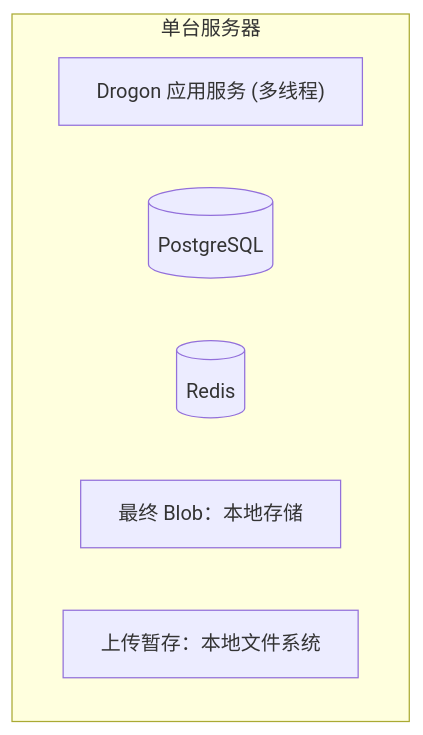
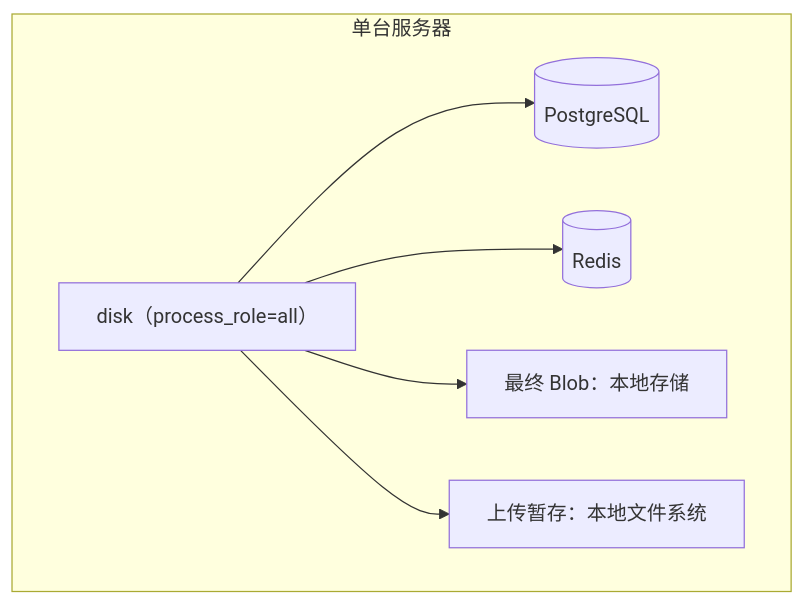
The sixth of 6 diagrams in docs/design/00-系统概述.md (yizhinailong/disk), drawn with Mermaid before and after one commit. The commit also changed other lines of this file and 5 other files, not shown here.

First line of the commit message:
docs(architecture): align distributed flows

````diff
--- a/docs/design/00-系统概述.md
+++ b/docs/design/00-系统概述.md
@@ -396,10 +391,15 @@
 ```mermaid
 flowchart TB
     subgraph Server["单台服务器"]
-        App["Drogon 应用服务 (多线程)"]
+        App["disk（process_role=all）"]
         PostgreSQL[("PostgreSQL")]
         Redis[("Redis")]
         Storage["最终 Blob：本地存储"]
         Staging["上传暂存：本地文件系统"]
+
+        App --> PostgreSQL
+        App --> Redis
+        App --> Storage
+        App --> Staging
     end
 ```
````
